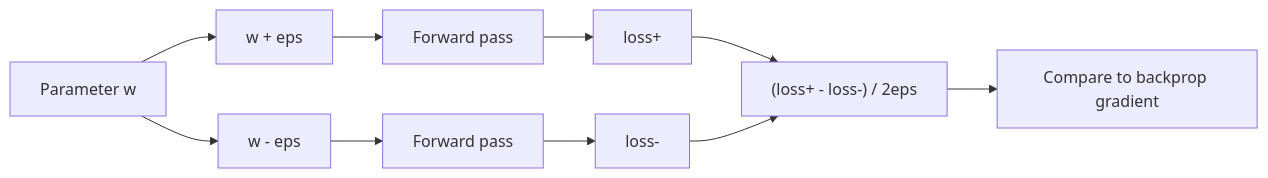
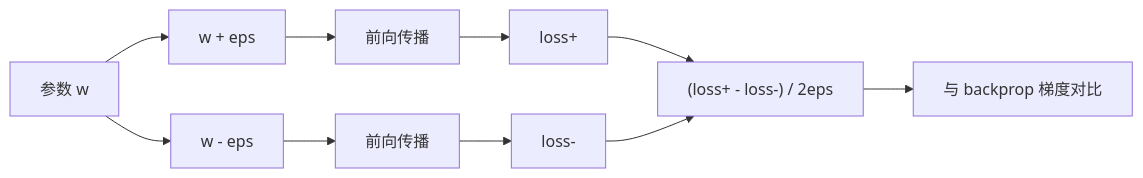
Before and after one commit to JerryC8080/ai-engineering-from-scratch-zh: the second of 5 diagrams in phases/03-deep-learning-core/13-debugging-neural-networks/docs/zh.md, drawn with Mermaid. The commit also changed other lines of this file and 156 other files, not shown here.

First line of the commit message:
i18n(zh): translate mermaid diagram labels in 157 lesson zh.md

````diff
--- a/phases/03-deep-learning-core/13-debugging-neural-networks/docs/zh.md
+++ b/phases/03-deep-learning-core/13-debugging-neural-networks/docs/zh.md
@@ -107,12 +107,12 @@
 ```mermaid
 flowchart LR
-    A["Parameter w"] --> B["w + eps"]
+    A["参数 w"] --> B["w + eps"]
     A --> C["w - eps"]
-    B --> D["Forward pass"]
-    C --> E["Forward pass"]
+    B --> D["前向传播"]
+    C --> E["前向传播"]
     D --> F["loss+"]
     E --> G["loss-"]
     F --> H["(loss+ - loss-) / 2eps"]
     G --> H
-    H --> I["Compare to backprop gradient"]
+    H --> I["与 backprop 梯度对比"]
 ```
````
